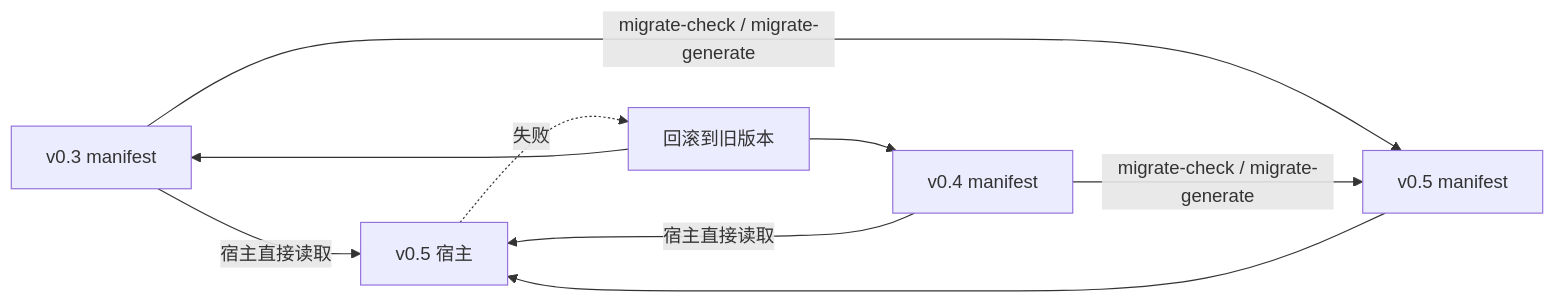
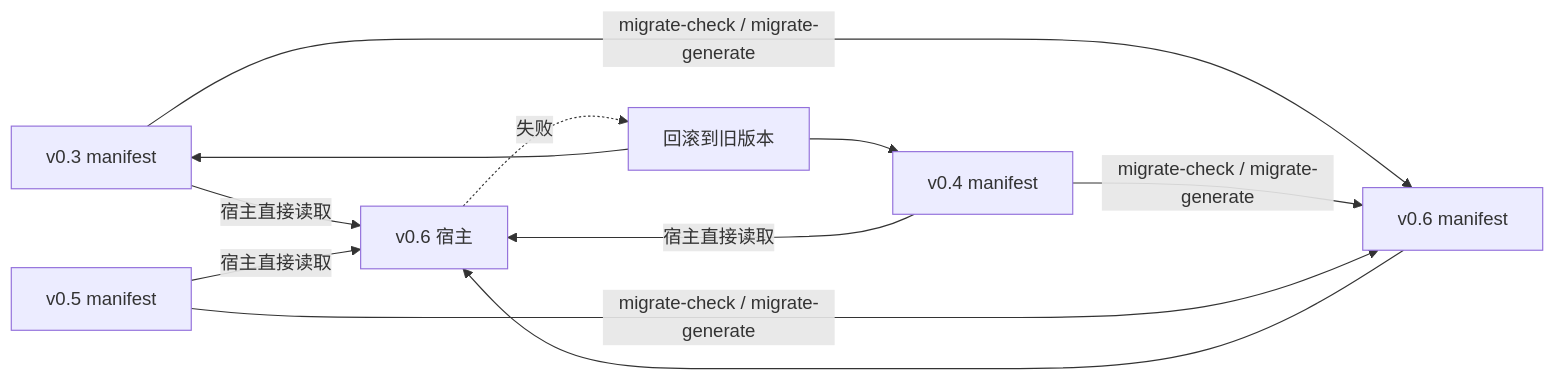
One commit to limecloud/agentapp changed the eighth of 8 diagrams in docs/zh/architecture.md. Above: the diagram before and after it, drawn with Mermaid. The commit also changed other lines of this file and 46 other files, not shown here.

````diff
--- a/docs/zh/architecture.md
+++ b/docs/zh/architecture.md
@@ -268,11 +271,13 @@
 ```mermaid
 flowchart LR
-  v03[v0.3 manifest] -->|宿主直接读取| v05Host[v0.5 宿主]
-  v04[v0.4 manifest] -->|宿主直接读取| v05Host
-  v03 -->|migrate-check / migrate-generate| v05[v0.5 manifest]
-  v04 -->|migrate-check / migrate-generate| v05
-  v05 --> v05Host
-  v05Host -. 失败 .-> Rollback[回滚到旧版本]
+  v03[v0.3 manifest] -->|宿主直接读取| v06Host[v0.6 宿主]
+  v04[v0.4 manifest] -->|宿主直接读取| v06Host
+  v05[v0.5 manifest] -->|宿主直接读取| v06Host
+  v03 -->|migrate-check / migrate-generate| v06[v0.6 manifest]
+  v04 -->|migrate-check / migrate-generate| v06
+  v05 -->|migrate-check / migrate-generate| v06
+  v06 --> v06Host
+  v06Host -. 失败 .-> Rollback[回滚到旧版本]
   Rollback --> v04
   Rollback --> v03
 ```
````
